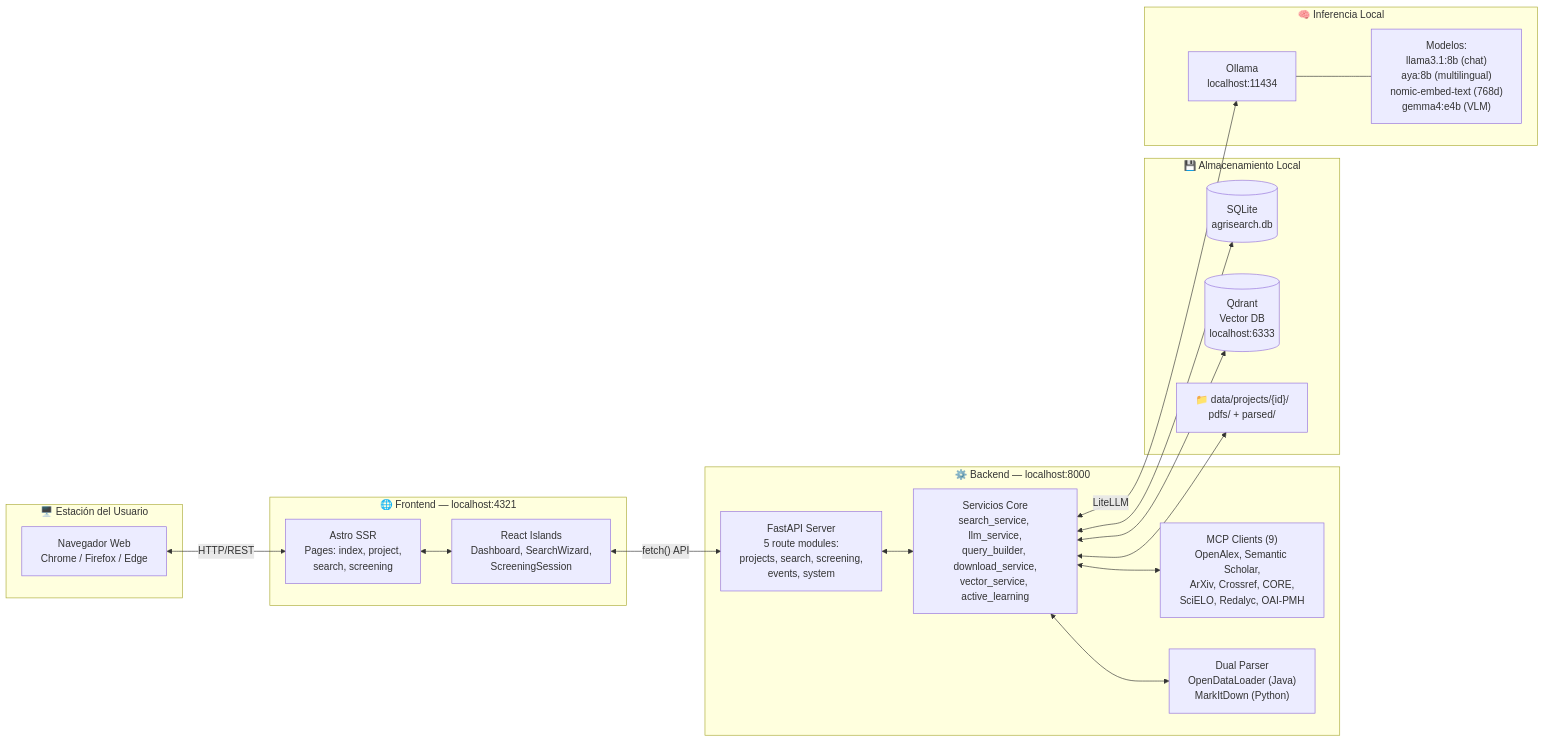
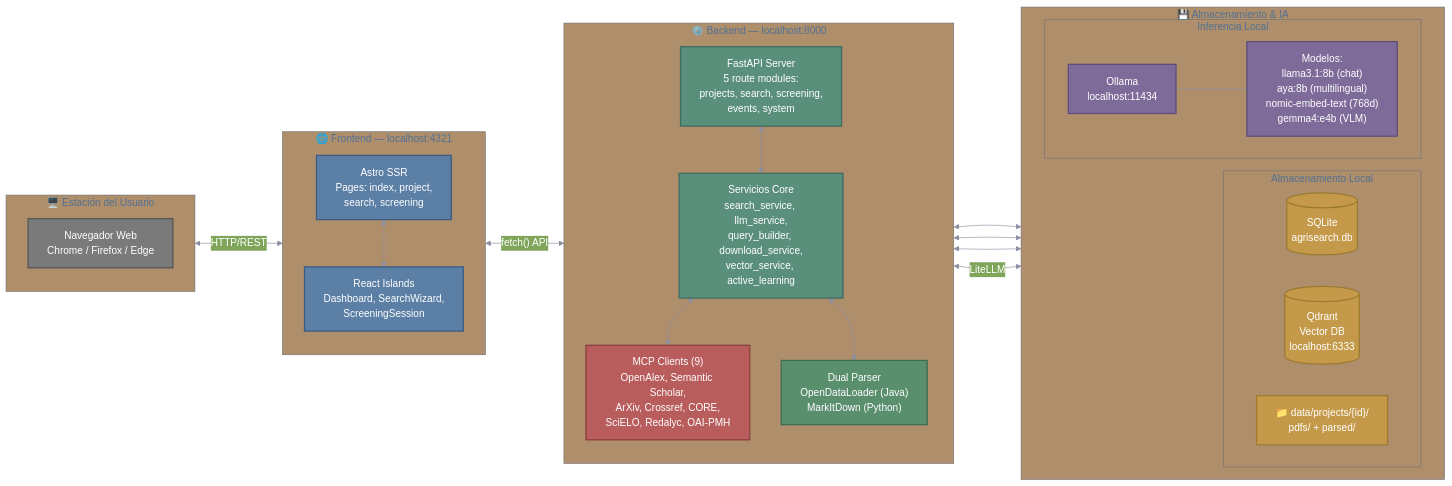
One commit to AlexPrietoRomani/AgriSearch changed diagram 12 of 13 in docs/architecture/arquitectura.md. Above: the diagram before and after it, drawn with Mermaid. The commit also changed other lines of this file, not shown here.

````diff
--- a/docs/architecture/arquitectura.md
+++ b/docs/architecture/arquitectura.md
@@ -640,41 +865,61 @@
 ```mermaid
+%%{init: {'theme': 'base', 'themeVariables': {'primaryColor': '#5b7fa5', 'primaryTextColor': '#fff', 'lineColor': '#8b8fa3', 'textColor': '#2d3142'}}}%%
 graph LR
+    classDef frontend fill:#5b7fa5,stroke:#3d5a80,color:#ffffff,stroke-width:2px
+    classDef backend fill:#5a8f7b,stroke:#3d6b5e,color:#ffffff,stroke-width:2px
+    classDef llm fill:#7e6b99,stroke:#5e4d7a,color:#ffffff,stroke-width:2px
+    classDef database fill:#c49a4a,stroke:#9c7a30,color:#ffffff,stroke-width:2px
+    classDef external fill:#b85c5c,stroke:#8c3e3e,color:#ffffff,stroke-width:2px
+    classDef user fill:#7a7a7a,stroke:#555555,color:#ffffff,stroke-width:2px
+    classDef success fill:#5a9e6f,stroke:#3d7a4f,color:#ffffff,stroke-width:2px
+    classDef warning fill:#c9a94e,stroke:#9c8230,color:#ffffff,stroke-width:2px
+    classDef error fill:#b85c5c,stroke:#8c3e3e,color:#ffffff,stroke-width:2px
+    classDef parser_odl fill:#4a7ab5,stroke:#345a8a,color:#ffffff,stroke-width:2px
+    classDef parser_mit fill:#7b6199,stroke:#5c4577,color:#ffffff,stroke-width:2px
+    classDef common fill:#5a8f6e,stroke:#3d6b52,color:#ffffff,stroke-width:2px
+
     subgraph Usuario ["🖥️ Estación del Usuario"]
-        Browser["Navegador Web\nChrome / Firefox / Edge"]:::user
+        direction TB
+        Browser["Navegador Web<br/>Chrome / Firefox / Edge"]:::user
     end
 
     subgraph FrontendLayer ["🌐 Frontend — localhost:4321"]
-        Astro["Astro SSR\nPages: index, project,\nsearch, screening"]:::frontend
-        React["React Islands\nDashboard, SearchWizard,\nScreeningSession"]:::frontend
+        direction TB
+        Astro["Astro SSR<br/>Pages: index, project,<br/>search, screening"]:::frontend
+        React["React Islands<br/>Dashboard, SearchWizard,<br/>ScreeningSession"]:::frontend
     end
 
     subgraph BackendLayer ["⚙️ Backend — localhost:8000"]
-        FastAPI["FastAPI Server\n5 route modules:\nprojects, search, screening,\nevents, system"]:::backend
-        Services["Servicios Core\nsearch_service, llm_service,\nquery_builder, download_service,\nvector_service, active_learning"]:::backend
-        MCPClients["MCP Clients (9)\nOpenAlex, Semantic Scholar,\nArXiv, Crossref, CORE,\nSciELO, Redalyc, OAI-PMH"]:::external
-        Parsers["Dual Parser\nOpenDataLoader (Java)\nMarkItDown (Python)"]:::common
+        direction TB
+        FastAPI["FastAPI Server<br/>5 route modules:<br/>projects, search, screening,<br/>events, system"]:::backend
+        Services["Servicios Core<br/>search_service, llm_service,<br/>query_builder, download_service,<br/>vector_service, active_learning"]:::backend
+        MCPClients["MCP Clients (9)<br/>OpenAlex, Semantic Scholar,<br/>ArXiv, Crossref, CORE,<br/>SciELO, Redalyc, OAI-PMH"]:::external
+        Parsers["Dual Parser<br/>OpenDataLoader (Java)<br/>MarkItDown (Python)"]:::common
     end
 
-    subgraph DataLayer ["💾 Almacenamiento Local"]
-        SQLite[("SQLite\nagrisearch.db")]:::database
-        Qdrant[("Qdrant\nVector DB\nlocalhost:6333")]:::database
-        PDFs["📁 data/projects/{id}/\npdfs/ + parsed/"]:::database
-    end
+    subgraph Infrastructure ["💾 Almacenamiento & IA"]
+        direction LR
+        subgraph DataLayer ["Almacenamiento Local"]
+            SQLite[("SQLite<br/>agrisearch.db")]:::database
+            Qdrant[("Qdrant<br/>Vector DB<br/>localhost:6333")]:::database
+            PDFs["📁 data/projects/{id}/<br/>pdfs/ + parsed/"]:::database
+        end
 
-    subgraph LLLayer ["🧠 Inferencia Local"]
-        Ollama["Ollama\nlocalhost:11434"]:::llm
-        Models["Modelos:\nllama3.1:8b (chat)\naya:8b (multilingual)\nnomic-embed-text (768d)\ngemma4:e4b (VLM)"]:::llm
+        subgraph LLLayer ["Inferencia Local"]
+            Ollama["Ollama<br/>localhost:11434"]:::llm
+            Models["Modelos:<br/>llama3.1:8b (chat)<br/>aya:8b (multilingual)<br/>nomic-embed-text (768d)<br/>gemma4:e4b (VLM)"]:::llm
+        end
     end
 
     Browser <-->|"HTTP/REST"| Astro
     Astro <--> React
     React <-->|"fetch() API"| FastAPI
     FastAPI <--> Services
     Services <--> MCPClients
     Services <--> Parsers
     Services <--> SQLite
     Services <--> Qdrant
     Services <--> PDFs
     Services <-->|"LiteLLM"| Ollama
     Ollama --- Models
 ```
````
